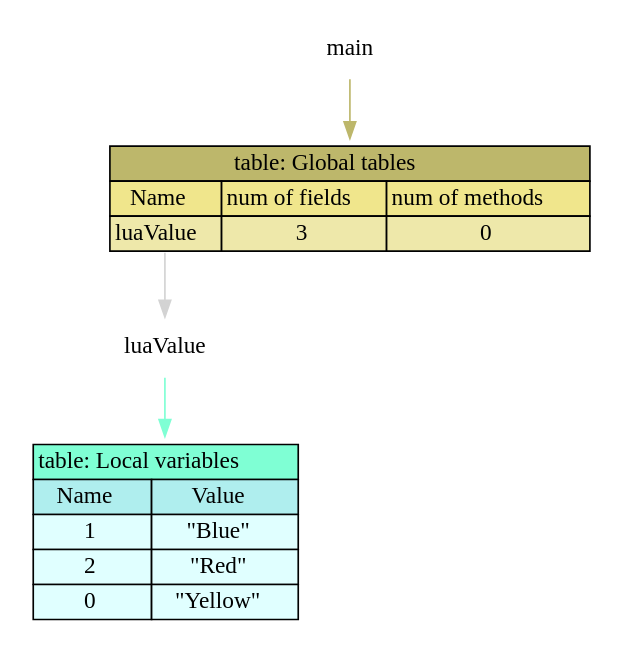
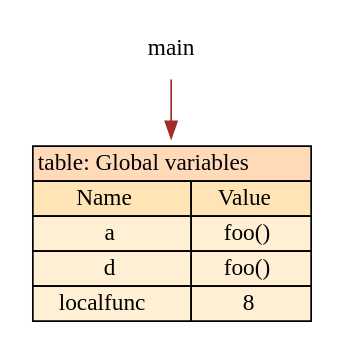
The diagram in kur/assets/out/vars.dot (SmartPhoneJava/compiler-design), drawn with Graphviz before and after one commit. The commit also changed 7 other files, not shown here.

```diff
--- a/kur/assets/out/vars.dot
+++ b/kur/assets/out/vars.dot
@@ -1,14 +1,8 @@
 digraph G {
-	"main"->"main global tables"[ color="#BDB76B" ];
-	"main global tables":luaValue->"main luaValue"[ color=lightgrey ];
-	"main luaValue"->"main luaValue local variables"[ color="#7FFFD4" ];
-	"main global tables" [ color=white, label=<<TABLE BORDER="0" CELLBORDER="1" CELLSPACING="0" color="black">
-  <TR><TD PORT="0" COLSPAN="3" BGCOLOR="#BDB76B">table: Global tables</TD></TR>
-	<TR><TD BGCOLOR="#F0E68C" PORT="Name">Name</TD>\n<TD BGCOLOR="#F0E68C" PORT="num of fields">num of fields</TD>\n<TD BGCOLOR="#F0E68C" PORT="num of methods">num of methods</TD>\n</TR><TR><TD BGCOLOR="#EEE8AA" PORT="luaValue">luaValue</TD>\n<TD BGCOLOR="#EEE8AA" PORT="3">3</TD>\n<TD BGCOLOR="#EEE8AA" PORT="0">0</TD>\n</TR>\n</TABLE>>, shape="plaintext", style="rounded,filled" ];
-	"main luaValue local variables" [ color=white, label=<<TABLE BORDER="0" CELLBORDER="1" CELLSPACING="0" color="black">
-  <TR><TD PORT="0" COLSPAN="2" BGCOLOR="#7FFFD4">table: Local variables</TD></TR>
-	<TR><TD BGCOLOR="#AFEEEE" PORT="Name">Name</TD>\n<TD BGCOLOR="#AFEEEE" PORT="Value">Value</TD>\n</TR><TR><TD BGCOLOR="#E0FFFF" PORT="">1</TD>\n<TD BGCOLOR="#E0FFFF" PORT="">"Blue"</TD>\n</TR><TR><TD BGCOLOR="#E0FFFF" PORT="">2</TD>\n<TD BGCOLOR="#E0FFFF" PORT="">"Red"</TD>\n</TR><TR><TD BGCOLOR="#E0FFFF" PORT="">0</TD>\n<TD BGCOLOR="#E0FFFF" PORT="">"Yellow"</TD>\n</TR>\n</TABLE>>, shape="plaintext", style="rounded,filled" ];
-	"main luaValue" [ color=white, label=luaValue, shape="plaintext", style="rounded,filled" ];
+	"main"->"main global variables"[ color="brown" ];
+	"main global variables" [ color=white, label=<<TABLE BORDER="0" CELLBORDER="1" CELLSPACING="0" color="black">
+  <TR><TD PORT="0" COLSPAN="2" BGCOLOR="#FFDAB9">table: Global variables</TD></TR>
+	<TR><TD BGCOLOR="#FFE4B5" PORT="Name">Name</TD>\n<TD BGCOLOR="#FFE4B5" PORT="Value">Value</TD>\n</TR><TR><TD BGCOLOR="#FFEFD5" PORT="">a</TD>\n<TD BGCOLOR="#FFEFD5" PORT="">foo()</TD>\n</TR><TR><TD BGCOLOR="#FFEFD5" PORT="">d</TD>\n<TD BGCOLOR="#FFEFD5" PORT="">foo()</TD>\n</TR><TR><TD BGCOLOR="#FFEFD5" PORT="">localfunc</TD>\n<TD BGCOLOR="#FFEFD5" PORT="">8</TD>\n</TR>\n</TABLE>>, shape="plaintext", style="rounded,filled" ];
 	"main" [ color=white, label=main, shape="plaintext", style="rounded,filled" ];
 
 }
```
